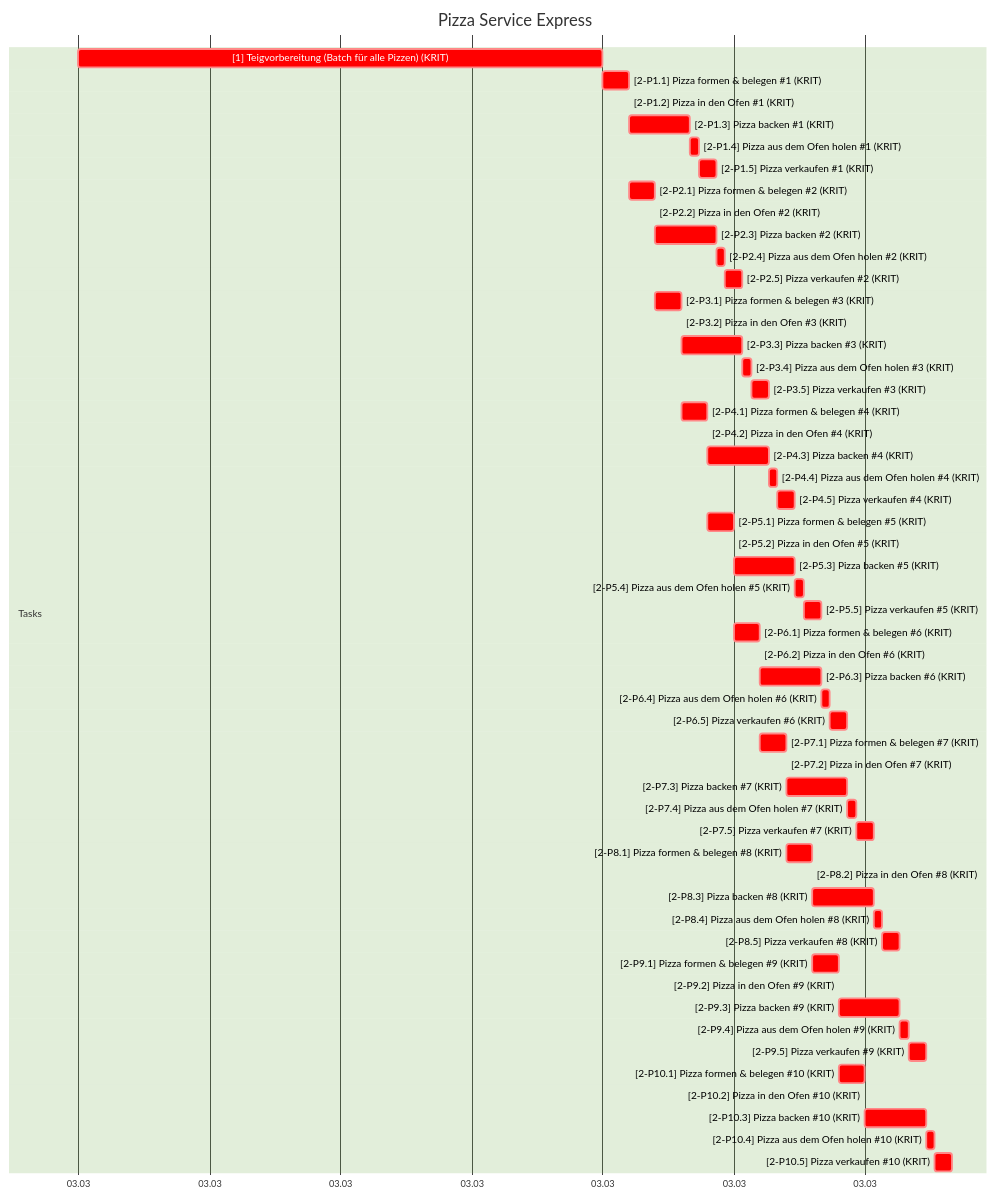
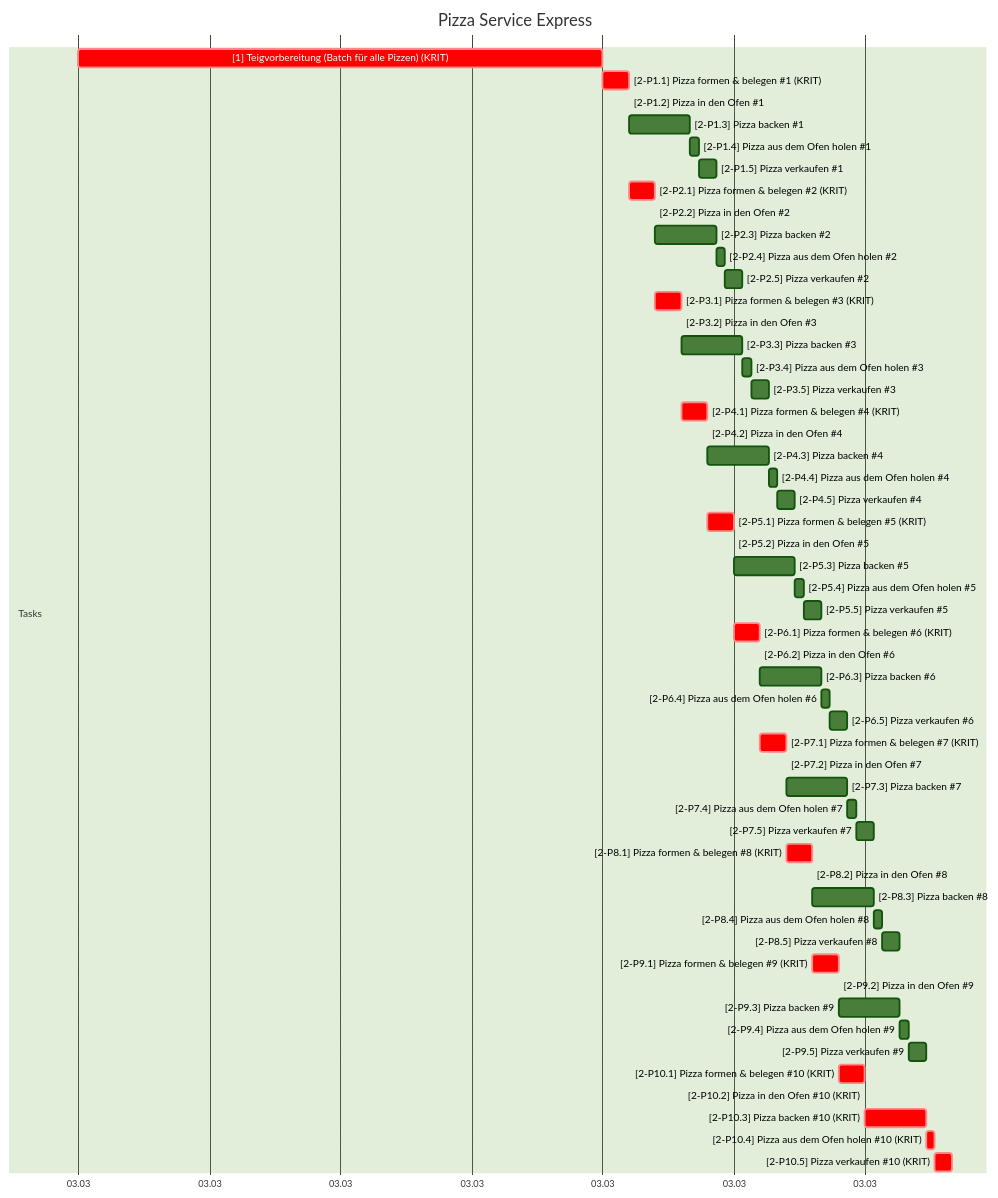
One commit to mistamichael/sproject changed the second of 5 diagrams in tests/golden/pizzas.md. Above: the diagram before and after it, drawn with Mermaid (forest theme). The commit also changed other lines of this file and 23 other files, not shown here.

````diff
--- a/tests/golden/pizzas.md
+++ b/tests/golden/pizzas.md
@@ -250,60 +214,60 @@
 ```mermaid
 gantt
     title Pizza Service Express
     dateFormat  YYYY-MM-DD HH:mm
     axisFormat  %d.%m
 
     section Feiertage
     section Tasks
     [1] Teigvorbereitung (Batch für alle Pizzen) (KRIT) :crit, 2026-03-03 09:00, 2026-03-03 10:00
     [2-P1.1] Pizza formen & belegen #1 (KRIT) :crit, 2026-03-03 10:00, 2026-03-03 10:03
-    [2-P1.2] Pizza in den Ofen #1 (KRIT) :crit, 2026-03-03 10:03, 2026-03-03 10:03
-    [2-P1.3] Pizza backen #1 (KRIT) :crit, 2026-03-03 10:03, 2026-03-03 10:10
-    [2-P1.4] Pizza aus dem Ofen holen #1 (KRIT) :crit, 2026-03-03 10:10, 2026-03-03 10:11
-    [2-P1.5] Pizza verkaufen #1 (KRIT) :crit, 2026-03-03 10:11, 2026-03-03 10:13
+    [2-P1.2] Pizza in den Ofen #1 :2026-03-03 10:03, 2026-03-03 10:03
+    [2-P1.3] Pizza backen #1 :2026-03-03 10:03, 2026-03-03 10:10
+    [2-P1.4] Pizza aus dem Ofen holen #1 :2026-03-03 10:10, 2026-03-03 10:11
+    [2-P1.5] Pizza verkaufen #1 :2026-03-03 10:11, 2026-03-03 10:13
     [2-P2.1] Pizza formen & belegen #2 (KRIT) :crit, 2026-03-03 10:03, 2026-03-03 10:06
-    [2-P2.2] Pizza in den Ofen #2 (KRIT) :crit, 2026-03-03 10:06, 2026-03-03 10:06
-    [2-P2.3] Pizza backen #2 (KRIT) :crit, 2026-03-03 10:06, 2026-03-03 10:13
-    [2-P2.4] Pizza aus dem Ofen holen #2 (KRIT) :crit, 2026-03-03 10:13, 2026-03-03 10:14
-    [2-P2.5] Pizza verkaufen #2 (KRIT) :crit, 2026-03-03 10:14, 2026-03-03 10:16
+    [2-P2.2] Pizza in den Ofen #2 :2026-03-03 10:06, 2026-03-03 10:06
+    [2-P2.3] Pizza backen #2 :2026-03-03 10:06, 2026-03-03 10:13
+    [2-P2.4] Pizza aus dem Ofen holen #2 :2026-03-03 10:13, 2026-03-03 10:14
+    [2-P2.5] Pizza verkaufen #2 :2026-03-03 10:14, 2026-03-03 10:16
     [2-P3.1] Pizza formen & belegen #3 (KRIT) :crit, 2026-03-03 10:06, 2026-03-03 10:09
-    [2-P3.2] Pizza in den Ofen #3 (KRIT) :crit, 2026-03-03 10:09, 2026-03-03 10:09
-    [2-P3.3] Pizza backen #3 (KRIT) :crit, 2026-03-03 10:09, 2026-03-03 10:16
-    [2-P3.4] Pizza aus dem Ofen holen #3 (KRIT) :crit, 2026-03-03 10:16, 2026-03-03 10:17
-    [2-P3.5] Pizza verkaufen #3 (KRIT) :crit, 2026-03-03 10:17, 2026-03-03 10:19
+    [2-P3.2] Pizza in den Ofen #3 :2026-03-03 10:09, 2026-03-03 10:09
+    [2-P3.3] Pizza backen #3 :2026-03-03 10:09, 2026-03-03 10:16
+    [2-P3.4] Pizza aus dem Ofen holen #3 :2026-03-03 10:16, 2026-03-03 10:17
+    [2-P3.5] Pizza verkaufen #3 :2026-03-03 10:17, 2026-03-03 10:19
     [2-P4.1] Pizza formen & belegen #4 (KRIT) :crit, 2026-03-03 10:09, 2026-03-03 10:12
-    [2-P4.2] Pizza in den Ofen #4 (KRIT) :crit, 2026-03-03 10:12, 2026-03-03 10:12
-    [2-P4.3] Pizza backen #4 (KRIT) :crit, 2026-03-03 10:12, 2026-03-03 10:19
-    [2-P4.4] Pizza aus dem Ofen holen #4 (KRIT) :crit, 2026-03-03 10:19, 2026-03-03 10:20
-    [2-P4.5] Pizza verkaufen #4 (KRIT) :crit, 2026-03-03 10:20, 2026-03-03 10:22
+    [2-P4.2] Pizza in den Ofen #4 :2026-03-03 10:12, 2026-03-03 10:12
+    [2-P4.3] Pizza backen #4 :2026-03-03 10:12, 2026-03-03 10:19
+    [2-P4.4] Pizza aus dem Ofen holen #4 :2026-03-03 10:19, 2026-03-03 10:20
+    [2-P4.5] Pizza verkaufen #4 :2026-03-03 10:20, 2026-03-03 10:22
     [2-P5.1] Pizza formen & belegen #5 (KRIT) :crit, 2026-03-03 10:12, 2026-03-03 10:15
-    [2-P5.2] Pizza in den Ofen #5 (KRIT) :crit, 2026-03-03 10:15, 2026-03-03 10:15
-    [2-P5.3] Pizza backen #5 (KRIT) :crit, 2026-03-03 10:15, 2026-03-03 10:22
-    [2-P5.4] Pizza aus dem Ofen holen #5 (KRIT) :crit, 2026-03-03 10:22, 2026-03-03 10:23
-    [2-P5.5] Pizza verkaufen #5 (KRIT) :crit, 2026-03-03 10:23, 2026-03-03 10:25
+    [2-P5.2] Pizza in den Ofen #5 :2026-03-03 10:15, 2026-03-03 10:15
+    [2-P5.3] Pizza backen #5 :2026-03-03 10:15, 2026-03-03 10:22
+    [2-P5.4] Pizza aus dem Ofen holen #5 :2026-03-03 10:22, 2026-03-03 10:23
+    [2-P5.5] Pizza verkaufen #5 :2026-03-03 10:23, 2026-03-03 10:25
     [2-P6.1] Pizza formen & belegen #6 (KRIT) :crit, 2026-03-03 10:15, 2026-03-03 10:18
-    [2-P6.2] Pizza in den Ofen #6 (KRIT) :crit, 2026-03-03 10:18, 2026-03-03 10:18
-    [2-P6.3] Pizza backen #6 (KRIT) :crit, 2026-03-03 10:18, 2026-03-03 10:25
-    [2-P6.4] Pizza aus dem Ofen holen #6 (KRIT) :crit, 2026-03-03 10:25, 2026-03-03 10:26
-    [2-P6.5] Pizza verkaufen #6 (KRIT) :crit, 2026-03-03 10:26, 2026-03-03 10:28
+    [2-P6.2] Pizza in den Ofen #6 :2026-03-03 10:18, 2026-03-03 10:18
+    [2-P6.3] Pizza backen #6 :2026-03-03 10:18, 2026-03-03 10:25
+    [2-P6.4] Pizza aus dem Ofen holen #6 :2026-03-03 10:25, 2026-03-03 10:26
+    [2-P6.5] Pizza verkaufen #6 :2026-03-03 10:26, 2026-03-03 10:28
     [2-P7.1] Pizza formen & belegen #7 (KRIT) :crit, 2026-03-03 10:18, 2026-03-03 10:21
-    [2-P7.2] Pizza in den Ofen #7 (KRIT) :crit, 2026-03-03 10:21, 2026-03-03 10:21
-    [2-P7.3] Pizza backen #7 (KRIT) :crit, 2026-03-03 10:21, 2026-03-03 10:28
-    [2-P7.4] Pizza aus dem Ofen holen #7 (KRIT) :crit, 2026-03-03 10:28, 2026-03-03 10:29
-    [2-P7.5] Pizza verkaufen #7 (KRIT) :crit, 2026-03-03 10:29, 2026-03-03 10:31
+    [2-P7.2] Pizza in den Ofen #7 :2026-03-03 10:21, 2026-03-03 10:21
+    [2-P7.3] Pizza backen #7 :2026-03-03 10:21, 2026-03-03 10:28
+    [2-P7.4] Pizza aus dem Ofen holen #7 :2026-03-03 10:28, 2026-03-03 10:29
+    [2-P7.5] Pizza verkaufen #7 :2026-03-03 10:29, 2026-03-03 10:31
     [2-P8.1] Pizza formen & belegen #8 (KRIT) :crit, 2026-03-03 10:21, 2026-03-03 10:24
-    [2-P8.2] Pizza in den Ofen #8 (KRIT) :crit, 2026-03-03 10:24, 2026-03-03 10:24
-    [2-P8.3] Pizza backen #8 (KRIT) :crit, 2026-03-03 10:24, 2026-03-03 10:31
-    [2-P8.4] Pizza aus dem Ofen holen #8 (KRIT) :crit, 2026-03-03 10:31, 2026-03-03 10:32
-    [2-P8.5] Pizza verkaufen #8 (KRIT) :crit, 2026-03-03 10:32, 2026-03-03 10:34
+    [2-P8.2] Pizza in den Ofen #8 :2026-03-03 10:24, 2026-03-03 10:24
+    [2-P8.3] Pizza backen #8 :2026-03-03 10:24, 2026-03-03 10:31
+    [2-P8.4] Pizza aus dem Ofen holen #8 :2026-03-03 10:31, 2026-03-03 10:32
+    [2-P8.5] Pizza verkaufen #8 :2026-03-03 10:32, 2026-03-03 10:34
     [2-P9.1] Pizza formen & belegen #9 (KRIT) :crit, 2026-03-03 10:24, 2026-03-03 10:27
-    [2-P9.2] Pizza in den Ofen #9 (KRIT) :crit, 2026-03-03 10:27, 2026-03-03 10:27
-    [2-P9.3] Pizza backen #9 (KRIT) :crit, 2026-03-03 10:27, 2026-03-03 10:34
-    [2-P9.4] Pizza aus dem Ofen holen #9 (KRIT) :crit, 2026-03-03 10:34, 2026-03-03 10:35
-    [2-P9.5] Pizza verkaufen #9 (KRIT) :crit, 2026-03-03 10:35, 2026-03-03 10:37
+    [2-P9.2] Pizza in den Ofen #9 :2026-03-03 10:27, 2026-03-03 10:27
+    [2-P9.3] Pizza backen #9 :2026-03-03 10:27, 2026-03-03 10:34
+    [2-P9.4] Pizza aus dem Ofen holen #9 :2026-03-03 10:34, 2026-03-03 10:35
+    [2-P9.5] Pizza verkaufen #9 :2026-03-03 10:35, 2026-03-03 10:37
     [2-P10.1] Pizza formen & belegen #10 (KRIT) :crit, 2026-03-03 10:27, 2026-03-03 10:30
     [2-P10.2] Pizza in den Ofen #10 (KRIT) :crit, 2026-03-03 10:30, 2026-03-03 10:30
     [2-P10.3] Pizza backen #10 (KRIT) :crit, 2026-03-03 10:30, 2026-03-03 10:37
     [2-P10.4] Pizza aus dem Ofen holen #10 (KRIT) :crit, 2026-03-03 10:37, 2026-03-03 10:38
     [2-P10.5] Pizza verkaufen #10 (KRIT) :crit, 2026-03-03 10:38, 2026-03-03 10:40
 ```
````
